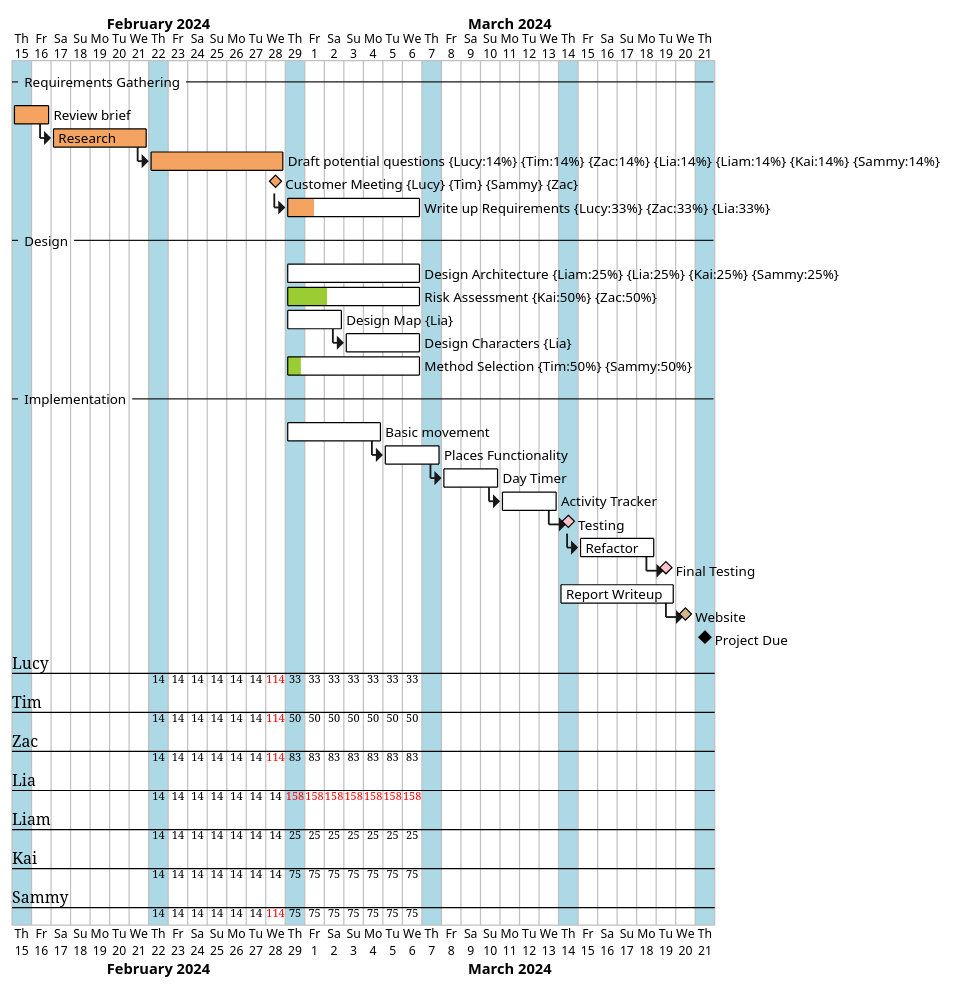
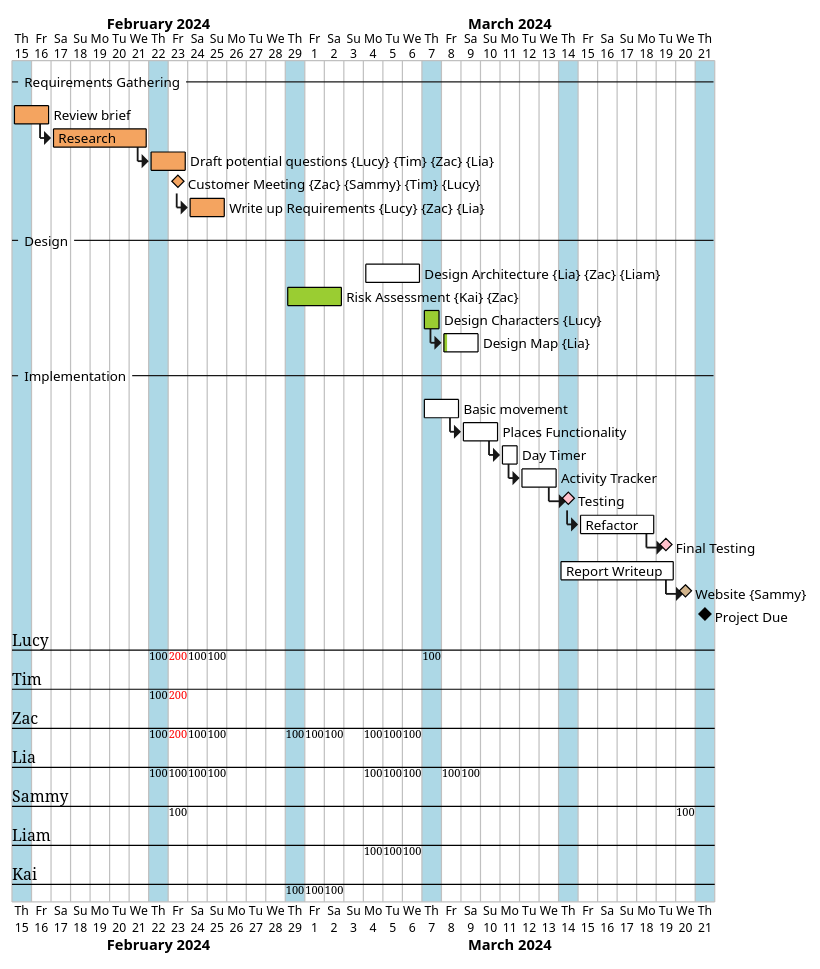
Before and after one commit to TheRealEmissions/uoy-eng1: the diagram in gannt.puml, drawn with PlantUML.

Commit message:
updated gantt for 07/03

```diff
--- a/gannt.puml
+++ b/gannt.puml
@@ -1,52 +1,50 @@
 @startgantt
 Project starts 2024-02-15
 
 ' Days of Practicals
 2024-02-15 is colored in lightblue
 2024-02-22 is colored in lightblue
 2024-02-29 is colored in lightblue
 2024-03-07 is colored in lightblue
 2024-03-14 is colored in lightblue
 2024-03-21 is colored in lightblue
 
 --Requirements Gathering--
 [Review brief] requires 2 days and is colored in sandybrown/black
 then [Research] requires 5 days and is colored in sandybrown/black
-then [Draft potential questions] on {Lucy:14}{Tim:14}{Zac:14}{Lia:14}{Liam:14}{Kai:14}{Sammy:14} requires 6 days and is colored in sandybrown/black
+then [Draft potential questions] on {Lucy}{Tim}{Zac}{Lia} requires 5 days and is colored in sandybrown/black
 
-[Customer Meeting] on {Lucy}{Tim}{Sammy}{Zac} happens at [Draft potential questions]'s end and is colored in sandybrown/black
-then [Write up Requirements] on {Lucy:33}{Zac:33}{Lia:33} requires 6 days and is colored in sandybrown/black and is 0% complete
-[Write up Requirements] is 20% complete
+[Customer Meeting] on {Zac}{Sammy}{Tim}{Lucy} happens at [Draft potential questions]'s end and is colored in sandybrown/black
+then [Write up Requirements] on {Lucy}{Zac}{Lia} requires 5 days and is colored in sandybrown/black
+[Write up Requirements] is 100% complete
 
 --Design--
-[Design Architecture] on {Liam:25}{Lia:25}{Kai:25}{Sammy:25} starts at 2024-02-29 and requires 7 days and is colored in yellowgreen/black
+[Design Architecture] on {Lia}{Zac}{Liam} starts at 2024-03-04 and requires 7 days and is colored in yellowgreen/black
 [Design Architecture] is 0% complete
-[Risk Assessment] on {Kai:50}{Zac:50} starts at 2024-02-29 and requires 7 days and is colored in yellowgreen/black
-[Risk Assessment] is 30% complete
-[Design Map] on {Lia} starts at 2024-02-29 and requires 3 days and is colored in yellowgreen/black
-[Design Map] is 0% complete
-then [Design Characters] on {Lia} requires 4 days and is colored in yellowgreen/black
-[Design Characters] is 0% complete
-[Method Selection] on {Tim:50}{Sammy:50} starts at 2024-02-29 and requires 7 days and is colored in yellowgreen/black
-[Method Selection] is 10% complete
+[Risk Assessment]  on {Kai}{Zac} starts at 2024-02-29 and requires 5 days and is colored in yellowgreen/black
+[Risk Assessment] is 100% complete
+[Design Characters] starts at 2024-03-07 and requires 1 day and is colored in yellowgreen/black
+[Design Characters] on {Lucy} is 100% complete
+then [Design Map] on {Lia} requires 2 days and is colored in yellowgreen/black
+[Design Map] is 10% complete
 
 --Implementation--
-[Basic movement] requires 5 days and starts at 2024-02-29 and is colored in pink/black
+[Basic movement] requires 2 days and starts at 2024-03-07 and is colored in pink/black
 [Basic movement] is 0% complete
-then [Places Functionality] requires 3 days and is colored in pink/black
+then [Places Functionality] requires 2 days and is colored in pink/black
 [Places Functionality] is 0% complete
-then [Day Timer] requires 3 days and is colored in pink/black
+then [Day Timer] requires 1 days and is colored in pink/black
 [Day Timer] is 0% complete
-then [Activity Tracker] requires 3 days and is colored in pink/black
+then [Activity Tracker] requires 2 days and is colored in pink/black
 [Activity Tracker] is 0% complete
 then [Testing] happens at [Activity Tracker]'s end and is colored in pink/black
 then [Refactor] requires 4 days and is colored in pink/black
 [Refactor] is 0% complete
 then [Final Testing] happens at [Refactor]'s end and is colored in pink/black
 [Final Testing] is 0% complete
 
 [Report Writeup] requires 6 days and starts at 2024-03-14 and is colored in tan/black
 [Report Writeup] is 0% complete
-then [Website] happens at [Report Writeup]'s end and is colored in tan/black
+then [Website] on {Sammy} happens at [Report Writeup]'s end and is colored in tan/black
 [Project Due] happens at 2024-03-21
 @endgantt
```
